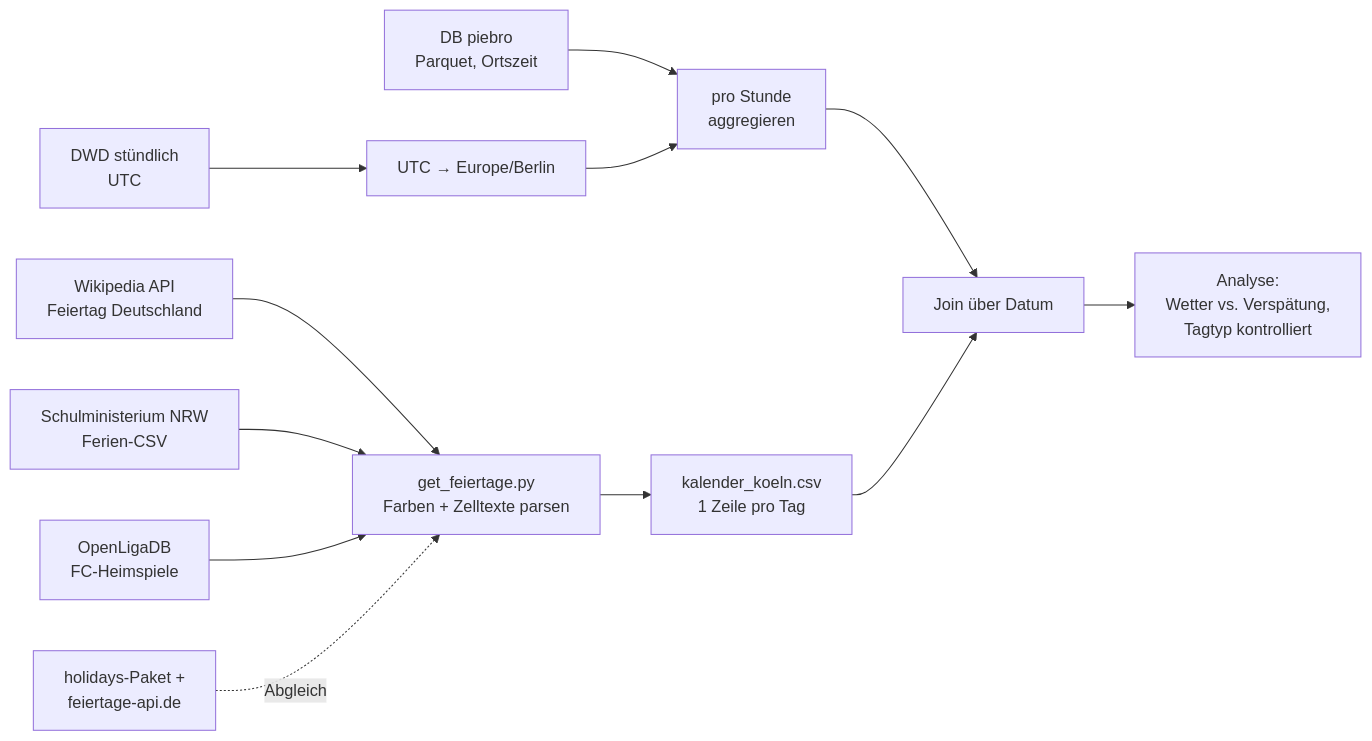
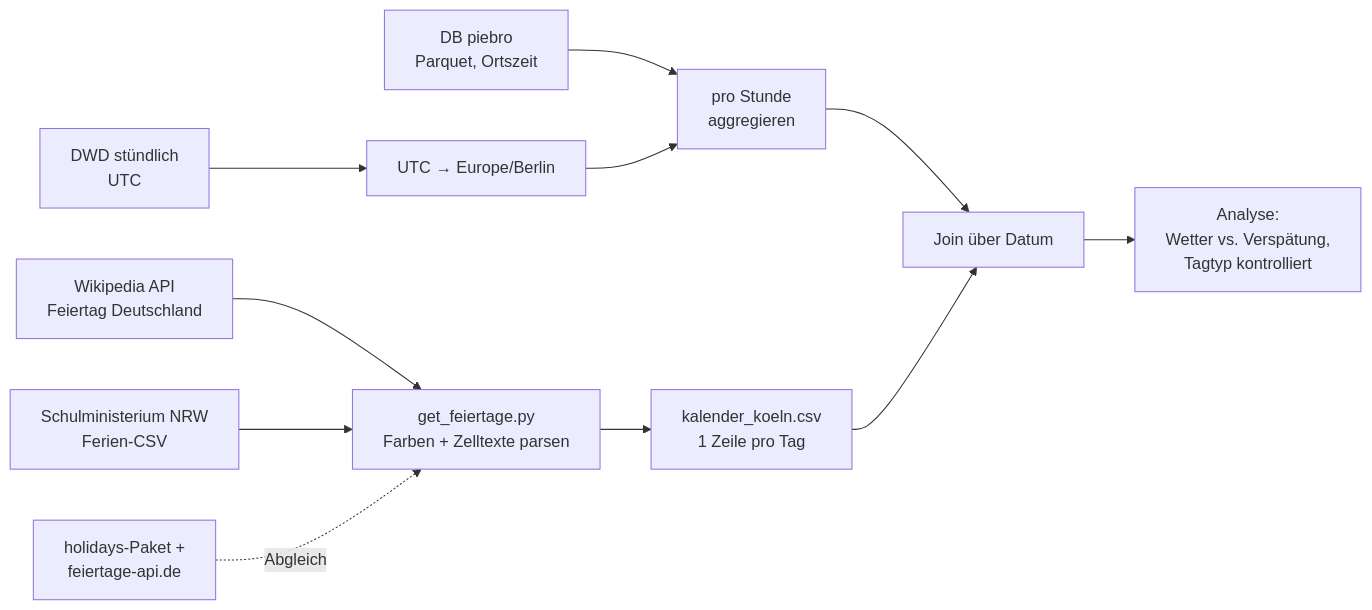
One commit to lenmer100/data-integration-labs changed the diagram in labs/01/dataset.md. Above: the diagram before and after it, drawn with Mermaid. The commit also changed other lines of this file and 7 other files, not shown here.

````diff
--- a/labs/01/dataset.md
+++ b/labs/01/dataset.md
@@ -245,13 +241,12 @@
 ```mermaid
 flowchart LR
     W[Wikipedia API<br/>Feiertag Deutschland] --> P[get_feiertage.py<br/>Farben + Zelltexte parsen]
     S[Schulministerium NRW<br/>Ferien-CSV] --> P
-    O[OpenLigaDB<br/>FC-Heimspiele] --> P
     H[holidays-Paket +<br/>feiertage-api.de] -. Abgleich .-> P
     P --> K[kalender_koeln.csv<br/>1 Zeile pro Tag]
     DB[DB piebro<br/>Parquet, Ortszeit] --> A[pro Stunde<br/>aggregieren]
     DWD[DWD stündlich<br/>UTC] --> T[UTC → Europe/Berlin] --> A
     A --> J[Join über Datum]
     K --> J
     J --> R[Analyse:<br/>Wetter vs. Verspätung,<br/>Tagtyp kontrolliert]
 ```
````
